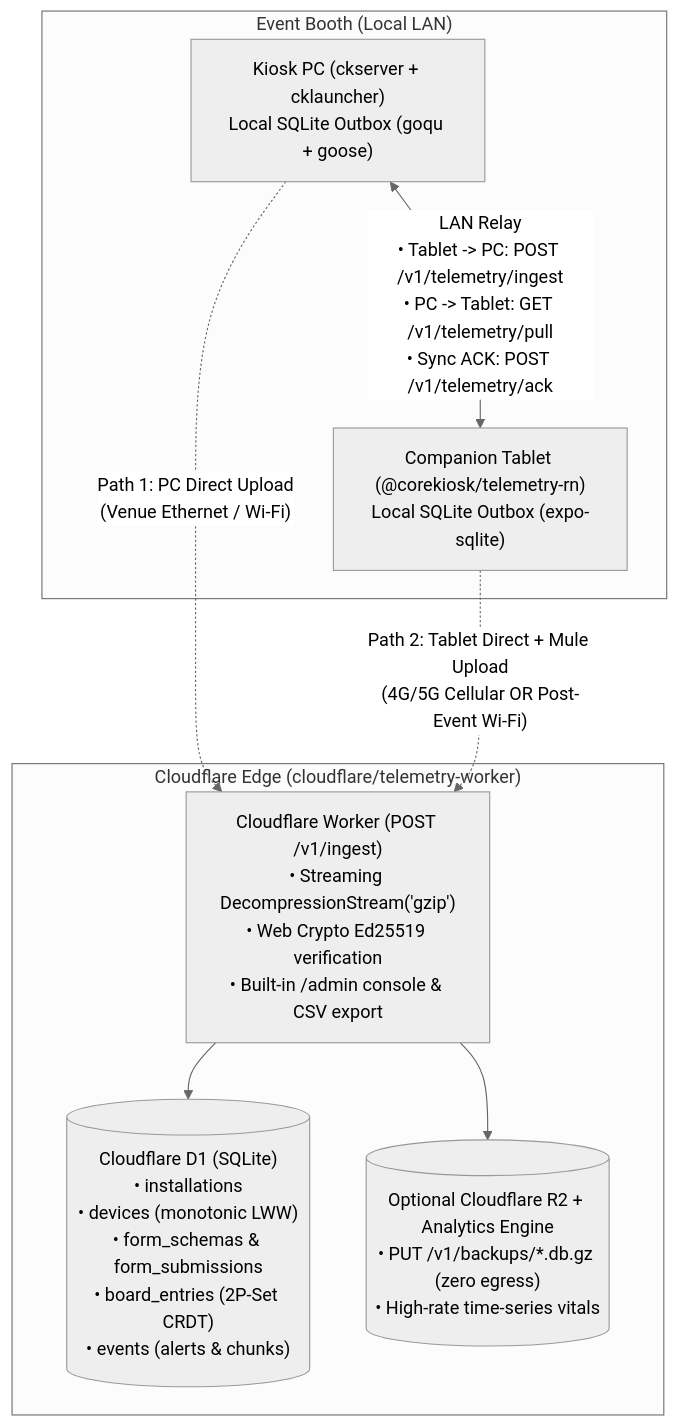
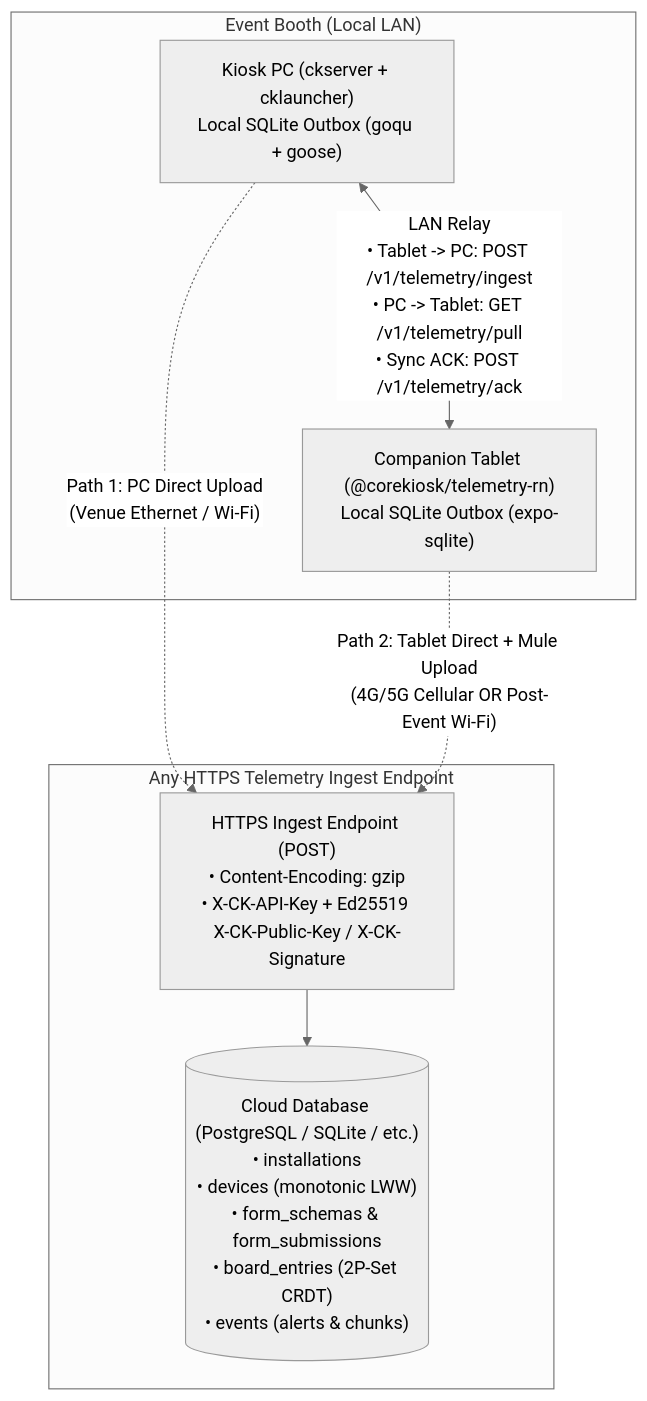
One commit to GecEnterprises/corekiosk changed the diagram in TELEMETRY.md. Above: the diagram before and after it, drawn with Mermaid (neutral theme). The commit also changed other lines of this file and 24 other files, not shown here.

Commit message:
chore(telemetry): remove Cloudflare/Firebase vendor code and make telemetry platform-agnostic (v0.2.3)

````diff
--- a/TELEMETRY.md
+++ b/TELEMETRY.md
@@ -11,19 +11,17 @@
 ```mermaid
 flowchart TB
     subgraph Booth["Event Booth (Local LAN)"]
         PC["Kiosk PC (ckserver + cklauncher)\nLocal SQLite Outbox (goqu + goose)"]
         Tab["Companion Tablet (@corekiosk/telemetry-rn)\nLocal SQLite Outbox (expo-sqlite)"]
         PC <-- "LAN Relay\n• Tablet -> PC: POST /v1/telemetry/ingest\n• PC -> Tablet: GET /v1/telemetry/pull\n• Sync ACK: POST /v1/telemetry/ack" --> Tab
     end
 
-    subgraph Cloud["Cloudflare Edge (cloudflare/telemetry-worker)"]
-        Ingest["Cloudflare Worker (POST /v1/ingest)\n• Streaming DecompressionStream('gzip')\n• Web Crypto Ed25519 verification\n• Built-in /admin console & CSV export"]
-        D1[("Cloudflare D1 (SQLite)\n• installations\n• devices (monotonic LWW)\n• form_schemas & form_submissions\n• board_entries (2P-Set CRDT)\n• events (alerts & chunks)")]
-        R2[("Optional Cloudflare R2 + Analytics Engine\n• PUT /v1/backups/*.db.gz (zero egress)\n• High-rate time-series vitals")]
-        Ingest --> D1
-        Ingest --> R2
+    subgraph Cloud["Any HTTPS Telemetry Ingest Endpoint"]
+        Ingest["HTTPS Ingest Endpoint (POST)\n• Content-Encoding: gzip\n• X-CK-API-Key + Ed25519 X-CK-Public-Key / X-CK-Signature"]
+        DB[("Cloud Database (PostgreSQL / SQLite / etc.)\n• installations\n• devices (monotonic LWW)\n• form_schemas & form_submissions\n• board_entries (2P-Set CRDT)\n• events (alerts & chunks)")]
+        Ingest --> DB
     end
 
     PC -. "Path 1: PC Direct Upload\n(Venue Ethernet / Wi-Fi)" .-> Ingest
     Tab -. "Path 2: Tablet Direct + Mule Upload\n(4G/5G Cellular OR Post-Event Wi-Fi)" .-> Ingest
 ```
````
